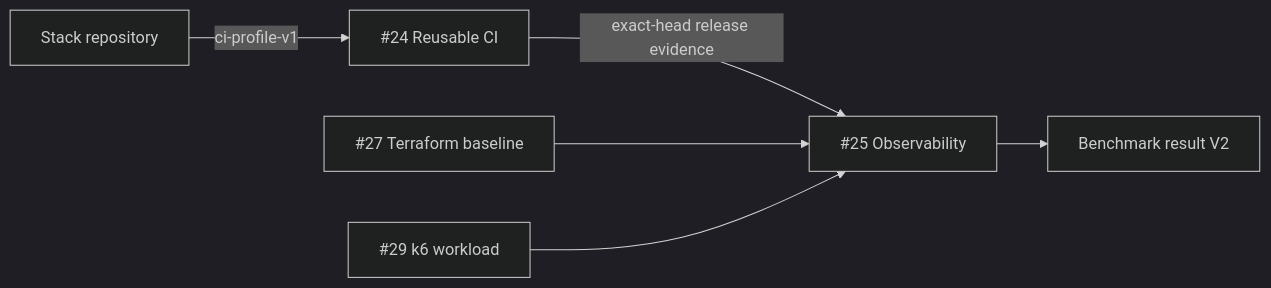
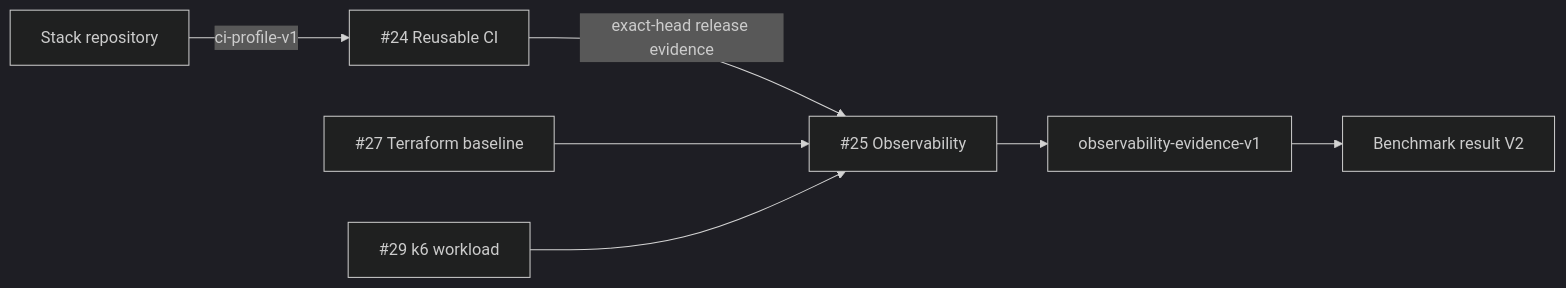
The diagram in docs/delivery-observability-infra.md (Brilhante29/portfolio-reuse-kit), drawn with Mermaid (dark theme) before and after one commit. The commit also changed other lines of this file and 18 other files, not shown here.

Commit message:
feat: promote correlated observability evidence

````diff
--- a/docs/delivery-observability-infra.md
+++ b/docs/delivery-observability-infra.md
@@ -16,8 +16,9 @@
 ```mermaid
 flowchart LR
   repo["Stack repository"] -->|"ci-profile-v1"| ci["#24 Reusable CI"]
   ci -->|"exact-head release evidence"| observe["#25 Observability"]
   infra["#27 Terraform baseline"] --> observe
   load["#29 k6 workload"] --> observe
-  observe --> evidence["Benchmark result V2"]
+  observe --> contract["observability-evidence-v1"]
+  contract --> evidence["Benchmark result V2"]
 ```
````
